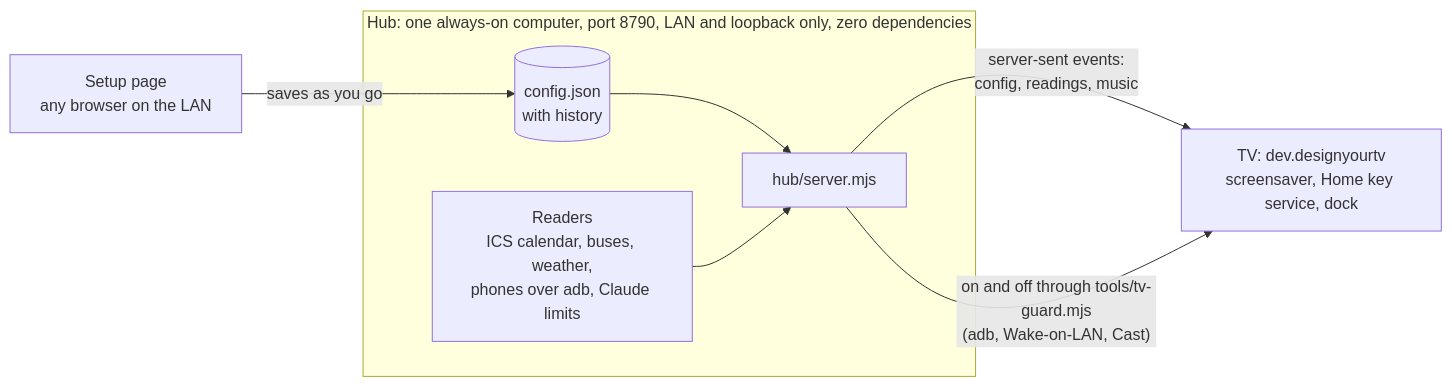
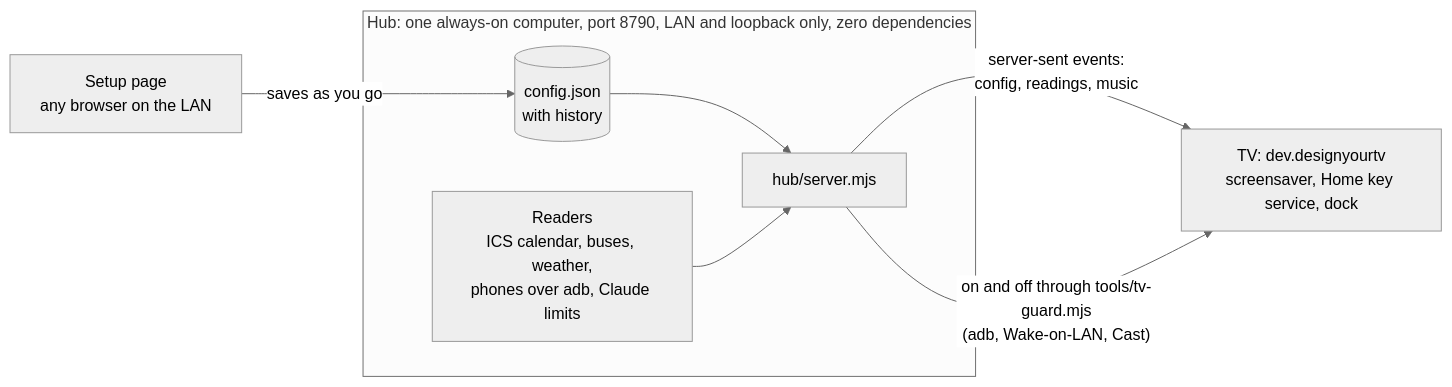
One commit to Sohwhat6420/designyourtv changed the diagram in README.md. Above: the diagram before and after it, drawn with Mermaid. The commit also changed other lines of this file and 8 other files, not shown here.

````diff
--- a/README.md
+++ b/README.md
@@ -211,10 +109,11 @@
 ```mermaid
+%%{init: {"theme": "neutral"}}%%
 flowchart LR
   setup["Setup page<br/>any browser on the LAN"] -- "saves as you go" --> cfg[("config.json<br/>with history")]
   subgraph hub["Hub: one always-on computer, port 8790, LAN and loopback only, zero dependencies"]
     cfg --> srv["hub/server.mjs"]
     rd["Readers<br/>ICS calendar, buses, weather,<br/>phones over adb, Claude limits"] --> srv
   end
   srv -- "server-sent events:<br/>config, readings, music" --> tv["TV: dev.designyourtv<br/>screensaver, Home key service, dock"]
   srv -- "on and off through tools/tv-guard.mjs<br/>(adb, Wake-on-LAN, Cast)" --> tv
 ```
````
